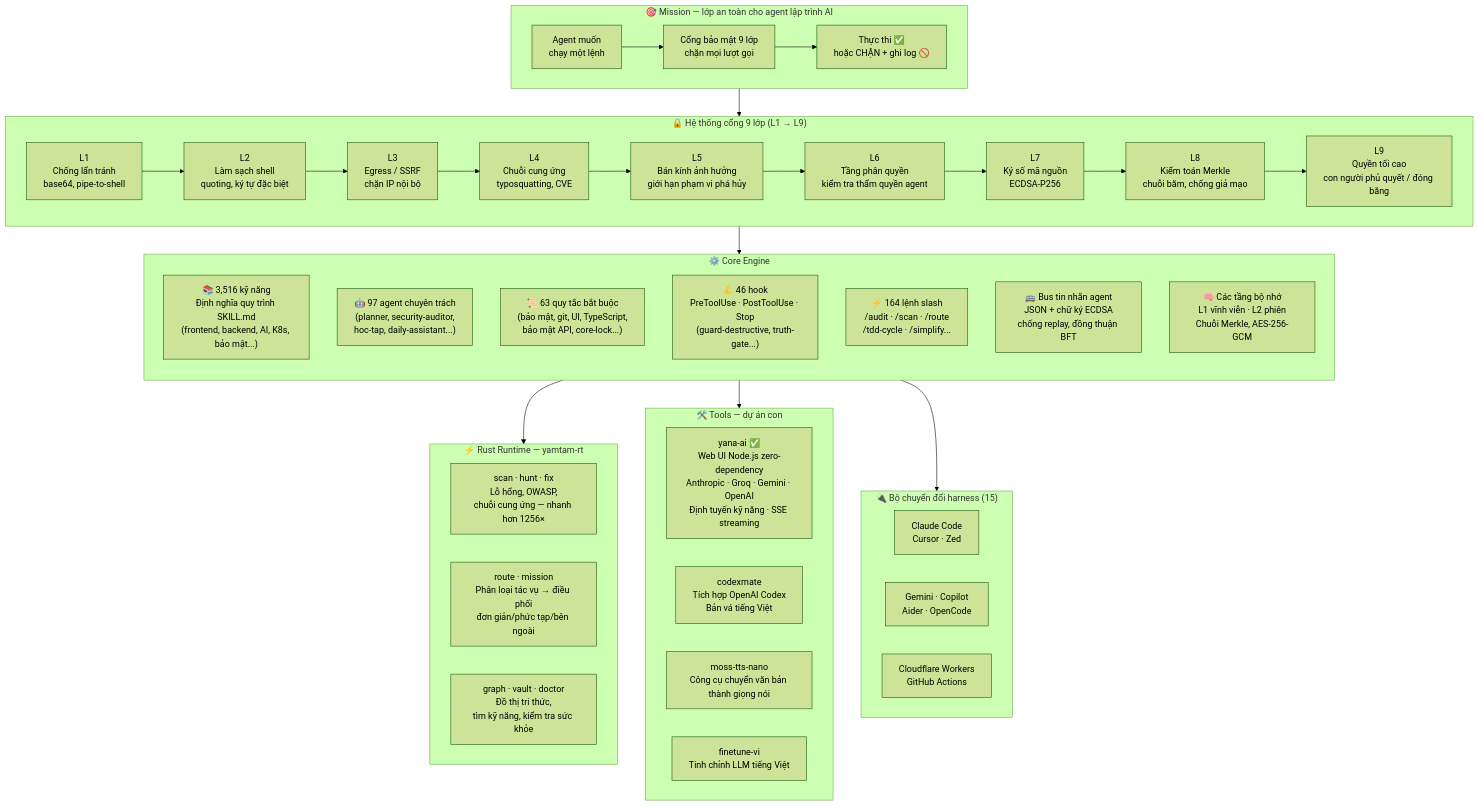
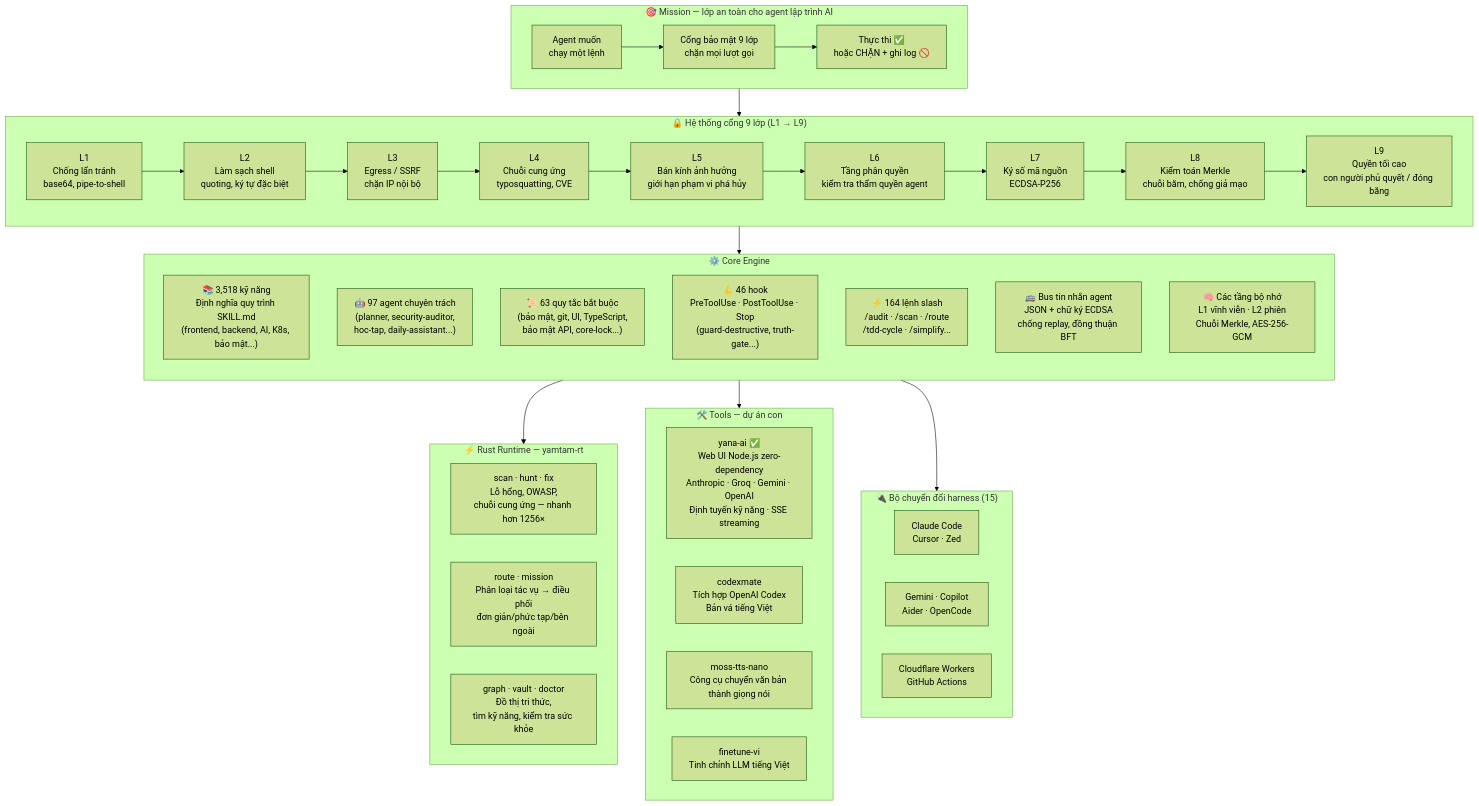
Before and after one commit to yanacuti1121/Yana-AI: the diagram in README.vi.md, drawn with Mermaid (forest theme). The commit also changed other lines of this file and 7 other files, not shown here.

First line of the commit message:
feat(docs+skills): README demo GIF + trending-pulse-research skill (3,518)

````diff
--- a/README.vi.md
+++ b/README.vi.md
@@ -77,70 +81,70 @@
 ```mermaid
 graph TB
     %% ── Mission ──────────────────────────────────────────────────────────
     subgraph MISSION["🎯 Mission — lớp an toàn cho agent lập trình AI"]
         direction LR
         AGENT["Agent muốn\nchạy một lệnh"]
         GATE["Cổng bảo mật 9 lớp\nchặn mọi lượt gọi"]
         OUT["Thực thi ✅\nhoặc CHẶN + ghi log 🚫"]
         AGENT --> GATE --> OUT
     end
 
     %% ── Gate layers ──────────────────────────────────────────────────────
     subgraph GATES["🔒 Hệ thống cổng 9 lớp (L1 → L9)"]
         direction LR
         G1["L1\nChống lẩn tránh\nbase64, pipe-to-shell"]
         G2["L2\nLàm sạch shell\nquoting, ký tự đặc biệt"]
         G3["L3\nEgress / SSRF\nchặn IP nội bộ"]
         G4["L4\nChuỗi cung ứng\ntyposquatting, CVE"]
         G5["L5\nBán kính ảnh hưởng\ngiới hạn phạm vi phá hủy"]
         G6["L6\nTầng phân quyền\nkiểm tra thẩm quyền agent"]
         G7["L7\nKý số mã nguồn\nECDSA-P256"]
         G8["L8\nKiểm toán Merkle\nchuỗi băm, chống giả mạo"]
         G9["L9\nQuyền tối cao\ncon người phủ quyết / đóng băng"]
         G1 --> G2 --> G3 --> G4 --> G5 --> G6 --> G7 --> G8 --> G9
     end
 
     %% ── Core engine ──────────────────────────────────────────────────────
     subgraph CORE["⚙️ Core Engine"]
         direction TB
-        SKILLS["📚 3,516 kỹ năng\nĐịnh nghĩa quy trình SKILL.md\n(frontend, backend, AI, K8s, bảo mật...)"]
+        SKILLS["📚 3,518 kỹ năng\nĐịnh nghĩa quy trình SKILL.md\n(frontend, backend, AI, K8s, bảo mật...)"]
         AGENTS["🤖 97 agent chuyên trách\n(planner, security-auditor,\nhoc-tap, daily-assistant...)"]
         RULES["📜 63 quy tắc bắt buộc\n(bảo mật, git, UI, TypeScript,\nbảo mật API, core-lock...)"]
         HOOKS["🪝 46 hook\nPreToolUse · PostToolUse · Stop\n(guard-destructive, truth-gate...)"]
         CMDS["⚡ 164 lệnh slash\n/audit · /scan · /route\n/tdd-cycle · /simplify..."]
         BUS["🚌 Bus tin nhắn agent\nJSON + chữ ký ECDSA\nchống replay, đồng thuận BFT"]
         MEM["🧠 Các tầng bộ nhớ\nL1 vĩnh viễn · L2 phiên\nChuỗi Merkle, AES-256-GCM"]
     end
 
     %% ── Rust runtime ─────────────────────────────────────────────────────
     subgraph RT["⚡ Rust Runtime — yamtam-rt"]
         direction LR
         SCAN["scan · hunt · fix\nLỗ hổng, OWASP,\nchuỗi cung ứng — nhanh hơn 1256×"]
         ROUTE["route · mission\nPhân loại tác vụ → điều phối\nđơn giản/phức tạp/bên ngoài"]
         VAULT["graph · vault · doctor\nĐồ thị tri thức,\ntìm kỹ năng, kiểm tra sức khỏe"]
     end
 
     %% ── Tools ────────────────────────────────────────────────────────────
     subgraph TOOLS["🛠️ Tools — dự án con"]
         direction LR
         YANA["yana-ai ✅\nWeb UI Node.js zero-dependency\nAnthropic · Groq · Gemini · OpenAI\nĐịnh tuyến kỹ năng · SSE streaming"]
         CODEXMATE["codexmate\nTích hợp OpenAI Codex\nBản vá tiếng Việt"]
         MOSS["moss-tts-nano\nCông cụ chuyển văn bản thành giọng nói"]
         FINETUNE["finetune-vi\nTinh chỉnh LLM tiếng Việt"]
     end
 
     %% ── Harness adapters ─────────────────────────────────────────────────
     subgraph HARNESS["🔌 Bộ chuyển đổi harness (15)"]
         direction LR
         H1["Claude Code\nCursor · Zed"]
         H2["Gemini · Copilot\nAider · OpenCode"]
         H3["Cloudflare Workers\nGitHub Actions"]
     end
 
     %% ── Connections ──────────────────────────────────────────────────────
     MISSION --> GATES
     GATES --> CORE
     CORE --> RT
     CORE --> TOOLS
     CORE --> HARNESS
 ```
````
